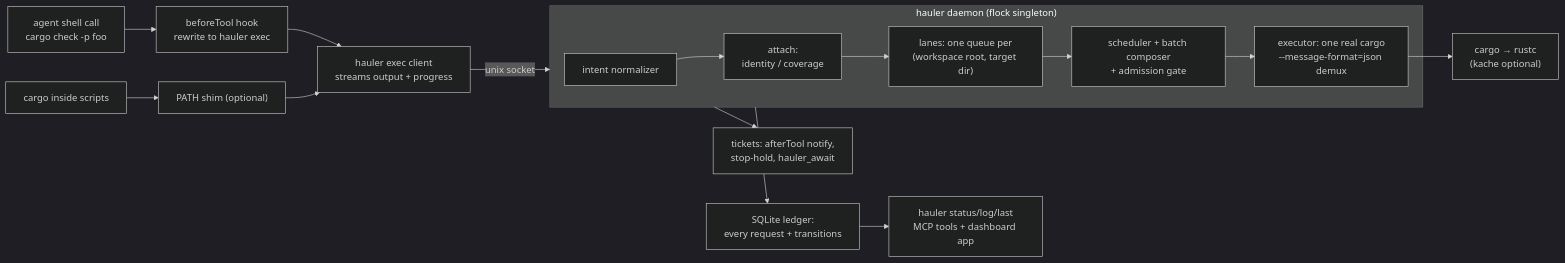
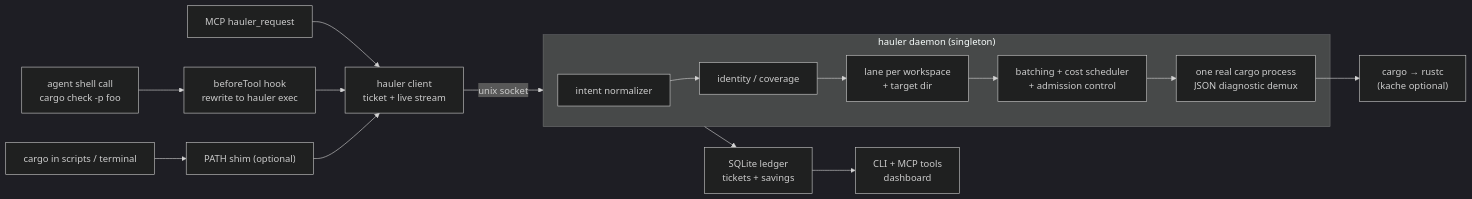
One commit to ScriptedAlchemy/cargo-conductor changed the diagram in README.md. Above: the diagram before and after it, drawn with Mermaid (dark theme). The commit also changed other lines of this file and 6 other files, not shown here.

First line of the commit message:
GTM pass: show cargo-hauler's fleet value

````diff
--- a/README.md
+++ b/README.md
@@ -34,18 +60,18 @@
 ```mermaid
 flowchart LR
   agent["agent shell call<br/>cargo check -p foo"] --> hook["beforeTool hook<br/>rewrite to hauler exec"]
-  scripts["cargo inside scripts"] --> shim["PATH shim (optional)"]
-  hook --> client["hauler exec client<br/>streams output + progress"]
+  scripts["cargo in scripts / terminal"] --> shim["PATH shim (optional)"]
+  mcp["MCP hauler_request"] --> client
+  hook --> client["hauler client<br/>ticket + live stream"]
   shim --> client
   client -->|unix socket| daemon
-  subgraph daemon["hauler daemon (flock singleton)"]
-    normalizer["intent normalizer"] --> matcher["attach:<br/>identity / coverage"]
-    matcher --> lanes["lanes: one queue per<br/>(workspace root, target dir)"]
-    lanes --> scheduler["scheduler + batch composer<br/>+ admission gate"]
-    scheduler --> executor["executor: one real cargo<br/>--message-format=json demux"]
+  subgraph daemon["hauler daemon (singleton)"]
+    normalizer["intent normalizer"] --> matcher["identity / coverage"]
+    matcher --> lanes["lane per workspace<br/>+ target dir"]
+    lanes --> scheduler["batching + cost scheduler<br/>+ admission control"]
+    scheduler --> executor["one real cargo process<br/>JSON diagnostic demux"]
   end
   executor --> cargo["cargo → rustc<br/>(kache optional)"]
-  daemon --> ledgerDb["SQLite ledger:<br/>every request + transitions"]
-  ledgerDb --> surfaces["hauler status/log/last<br/>MCP tools + dashboard app"]
-  daemon --> notify["tickets: afterTool notify,<br/>stop-hold, hauler_await"]
+  daemon --> ledger["SQLite ledger<br/>tickets + savings"]
+  ledger --> surfaces["CLI + MCP tools<br/>dashboard"]
 ```
````
